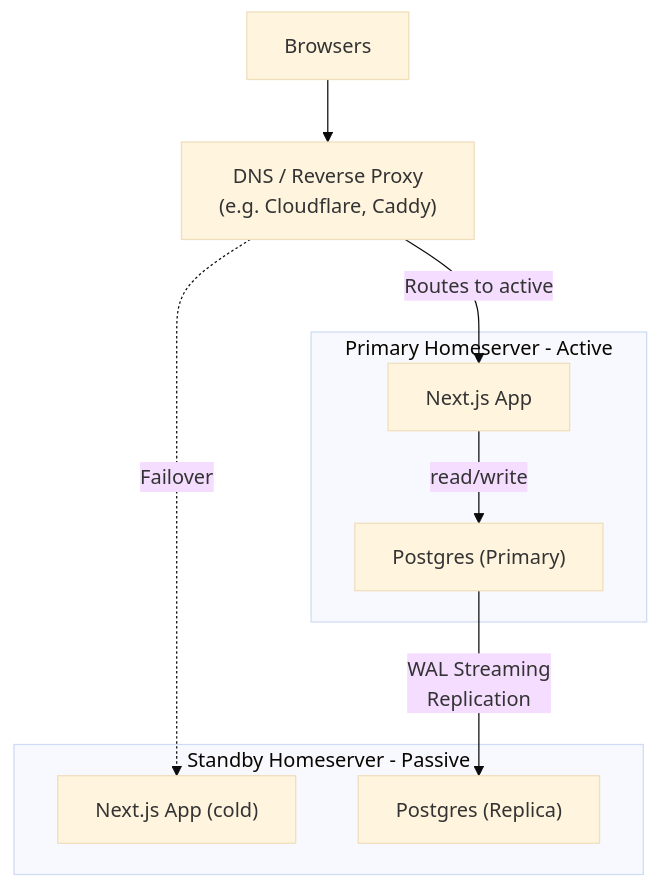
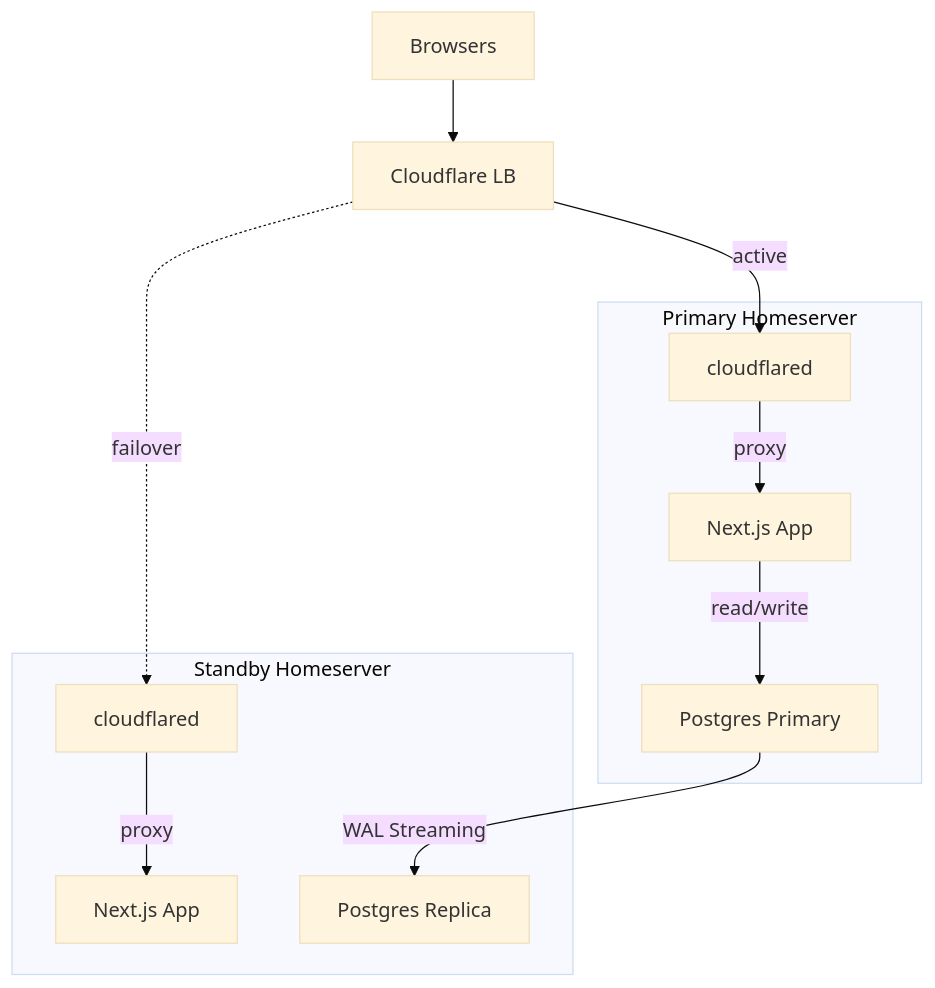
Before and after one commit to dhruvv/ipl-league: the fifth of 5 diagrams in PLAN.md, drawn with Mermaid (base theme). The commit also changed other lines of this file and 58 other files, not shown here.

````diff
--- a/PLAN.md
+++ b/PLAN.md
@@ -368,20 +423,23 @@
 ```mermaid
 graph TB
-    subgraph primary [Primary Homeserver - Active]
+    subgraph primary [Primary Homeserver]
         NextJS_P["Next.js App"]
-        PG_P["Postgres (Primary)"]
+        PG_P["Postgres Primary"]
+        Tunnel_P["cloudflared"]
         NextJS_P -->|"read/write"| PG_P
+        Tunnel_P -->|"proxy"| NextJS_P
     end
 
-    subgraph standby [Standby Homeserver - Passive]
-        NextJS_S["Next.js App (cold)"]
-        PG_S["Postgres (Replica)"]
+    subgraph standby [Standby Homeserver]
+        NextJS_S["Next.js App"]
+        PG_S["Postgres Replica"]
+        Tunnel_S["cloudflared"]
+        PG_P -->|"WAL Streaming"| PG_S
+        Tunnel_S -->|"proxy"| NextJS_S
     end
 
-    PG_P -->|"WAL Streaming<br/>Replication"| PG_S
-
-    LB["DNS / Reverse Proxy<br/>(e.g. Cloudflare, Caddy)"]
-    Browser2["Browsers"] --> LB
-    LB -->|"Routes to active"| NextJS_P
-    LB -.->|"Failover"| NextJS_S
+    CF["Cloudflare LB"]
+    Browsers["Browsers"] --> CF
+    CF -->|"active"| Tunnel_P
+    CF -.->|"failover"| Tunnel_S
 ```
````
